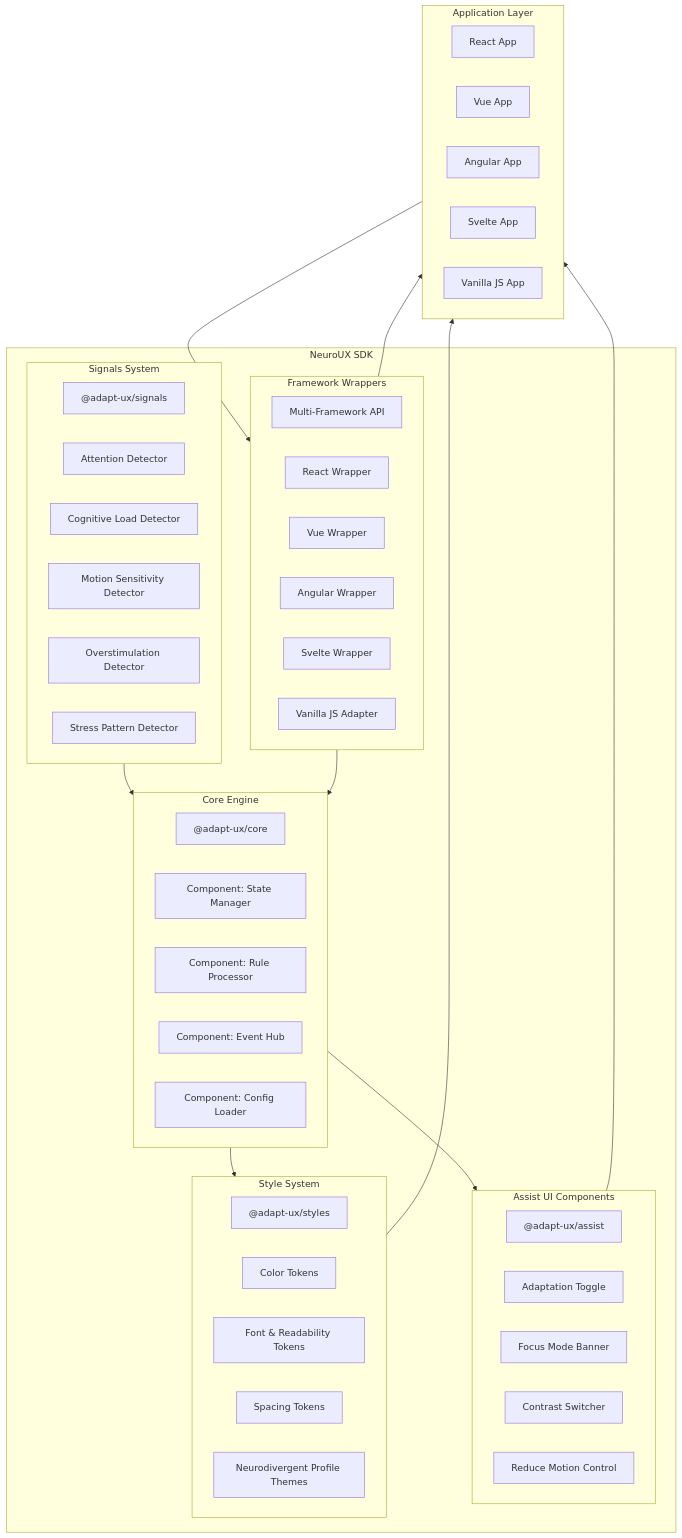
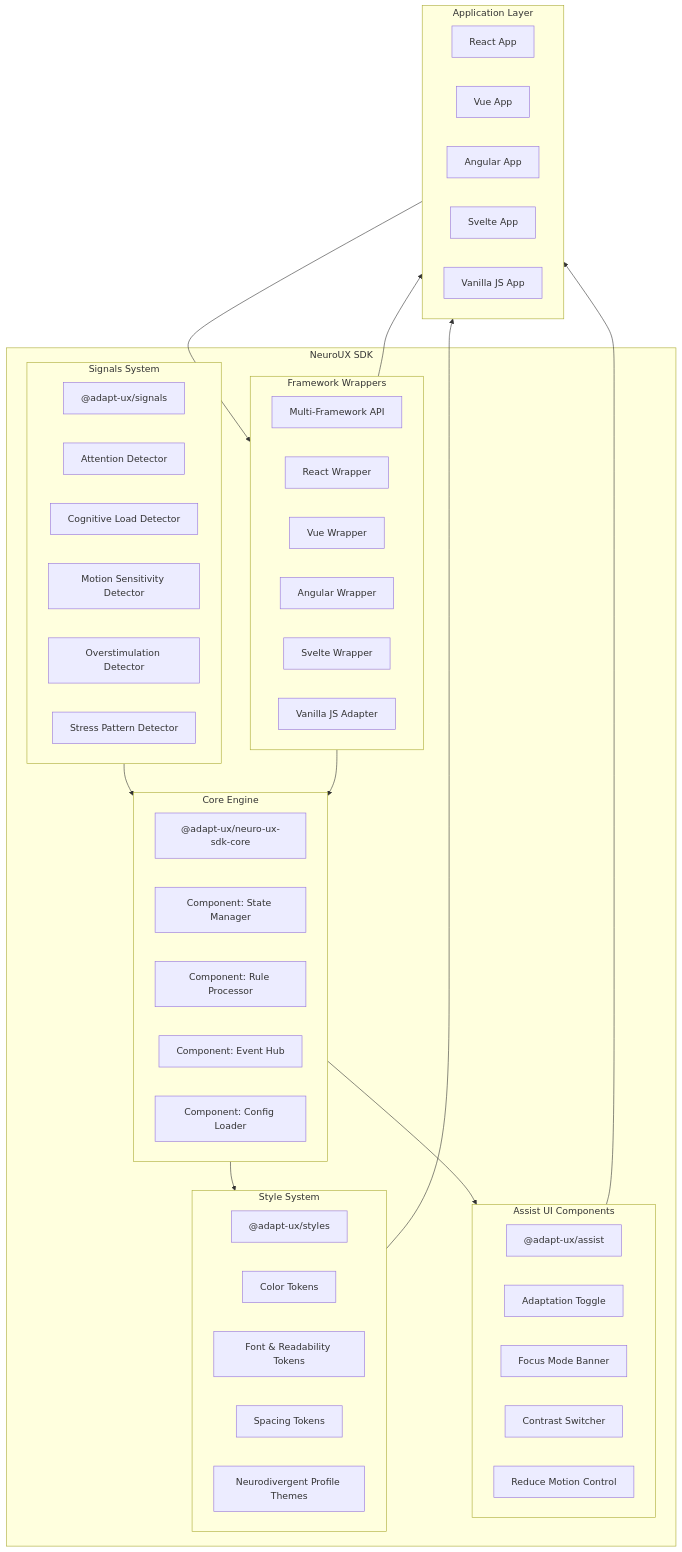
One commit to adapt-ux/neuro-ux-sdk changed the diagram in docs/architecture/ARCHITECTURE.md. Above: the diagram before and after it, drawn with Mermaid. The commit also changed other lines of this file and 78 other files, not shown here.

First line of the commit message:
chore: publish libraries as @adapt-ux/neuro-ux-sdk-*

````diff
--- a/docs/architecture/ARCHITECTURE.md
+++ b/docs/architecture/ARCHITECTURE.md
@@ -64,74 +64,74 @@
 ```mermaid
 flowchart TB
 
     %% System Boundary
     subgraph NeuroUXSDK [NeuroUX SDK]
     
         %% Core Engine
         subgraph CoreEngine [Core Engine]
-            CE_LABEL["@adapt-ux/core"]
+            CE_LABEL["@adapt-ux/neuro-ux-sdk-core"]
             CE1[Component: State Manager]
             CE2[Component: Rule Processor]
             CE3[Component: Event Hub]
             CE4[Component: Config Loader]
         end
 
         %% Signals System
         subgraph Signals [Signals System]
             SIG_LABEL["@adapt-ux/signals"]
             SIG1[Attention Detector]
             SIG2[Cognitive Load Detector]
             SIG3[Motion Sensitivity Detector]
             SIG4[Overstimulation Detector]
             SIG5[Stress Pattern Detector]
         end
 
         %% Assist UI
         subgraph AssistUI [Assist UI Components]
             ASSIST_LABEL["@adapt-ux/assist"]
             UI1[Adaptation Toggle]
             UI2[Focus Mode Banner]
             UI3[Contrast Switcher]
             UI4[Reduce Motion Control]
         end
 
         %% Style System
         subgraph Styles [Style System]
             STYLES_LABEL["@adapt-ux/styles"]
             ST1[Color Tokens]
             ST2[Font & Readability Tokens]
             ST3[Spacing Tokens]
             ST4[Neurodivergent Profile Themes]
         end
 
         %% Framework Wrappers
         subgraph Wrappers [Framework Wrappers]
             WR_LABEL["Multi-Framework API"]
             WR1[React Wrapper]
             WR2[Vue Wrapper]
             WR3[Angular Wrapper]
             WR4[Svelte Wrapper]
             WR5[Vanilla JS Adapter]
         end
 
     end
 
     %% External Systems (Apps)
     subgraph Apps [Application Layer]
         APP1[React App]
         APP2[Vue App]
         APP3[Angular App]
         APP4[Svelte App]
         APP5[Vanilla JS App]
     end
 
     %% Connections
     Signals --> CoreEngine
     CoreEngine --> Styles
     CoreEngine --> AssistUI
     AssistUI --> Apps
     Styles --> Apps
     Wrappers --> Apps
     Apps --> Wrappers
     Wrappers --> CoreEngine
 ```
````
